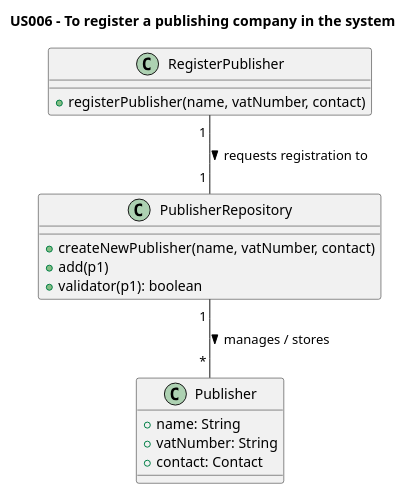
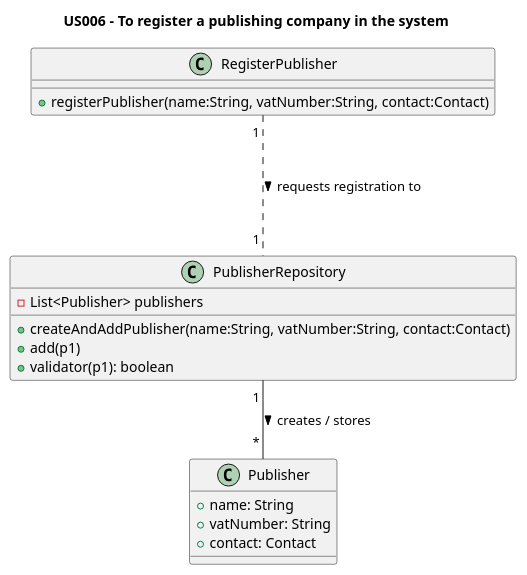
Before and after one commit to AndrePereiraGitH/SWitCH-Project-Team_A: the diagram in Diagrams/ClassDiagrams/US006-to-register-a-publishing-company.puml, drawn with PlantUML. The commit also changed 4 other files, not shown here.

Commit message:
Add and update UML for US002 & US006

```diff
--- a/Diagrams/ClassDiagrams/US006-to-register-a-publishing-company.puml
+++ b/Diagrams/ClassDiagrams/US006-to-register-a-publishing-company.puml
@@ -1,26 +1,27 @@
 @startuml
 title US006 - To register a publishing company in the system
 
 class RegisterPublisher {
-  +registerPublisher(name, vatNumber, contact)
+  +registerPublisher(name:String, vatNumber:String, contact:Contact)
 }
 
 class PublisherRepository {
-  +createNewPublisher(name, vatNumber, contact)
+- List<Publisher> publishers
+  +createAndAddPublisher(name:String, vatNumber:String, contact:Contact)
   +add(p1)
   +validator(p1): boolean
 }
 
 class Publisher {
   +name: String
   +vatNumber: String
   +contact: Contact
 
 }
 
 ' Interactions
 
-RegisterPublisher "1 " -- "1 " PublisherRepository : requests registration to >
-PublisherRepository "1 " -- " * " Publisher : manages / stores >
+RegisterPublisher "1 " -.- "1 " PublisherRepository : requests registration to >
+PublisherRepository "1 " -- " * " Publisher : creates / stores >
 
 @enduml
```
